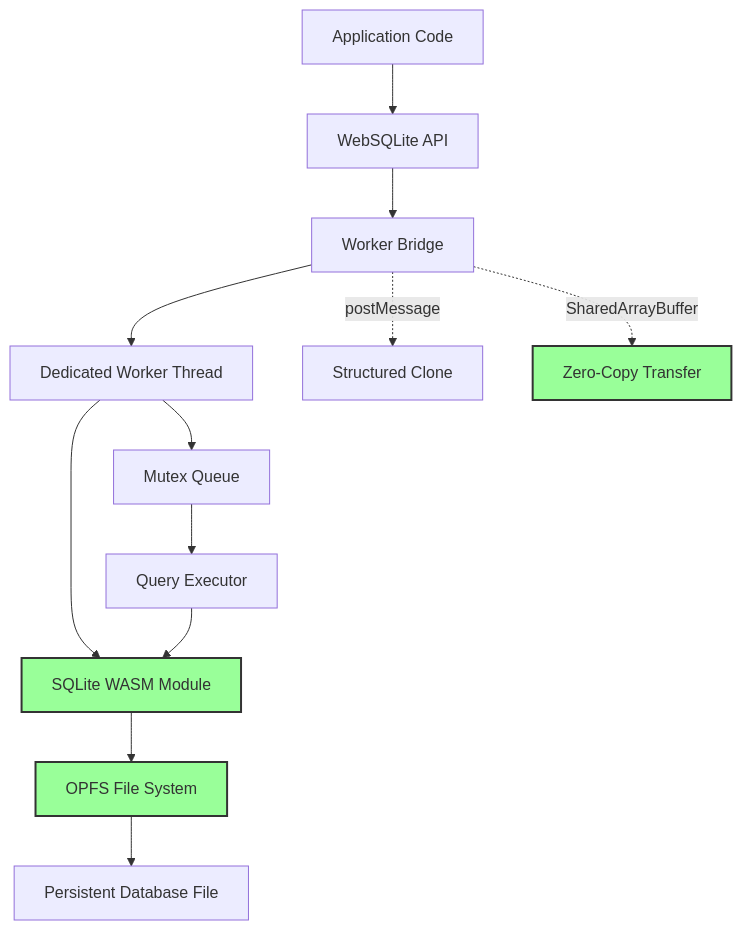
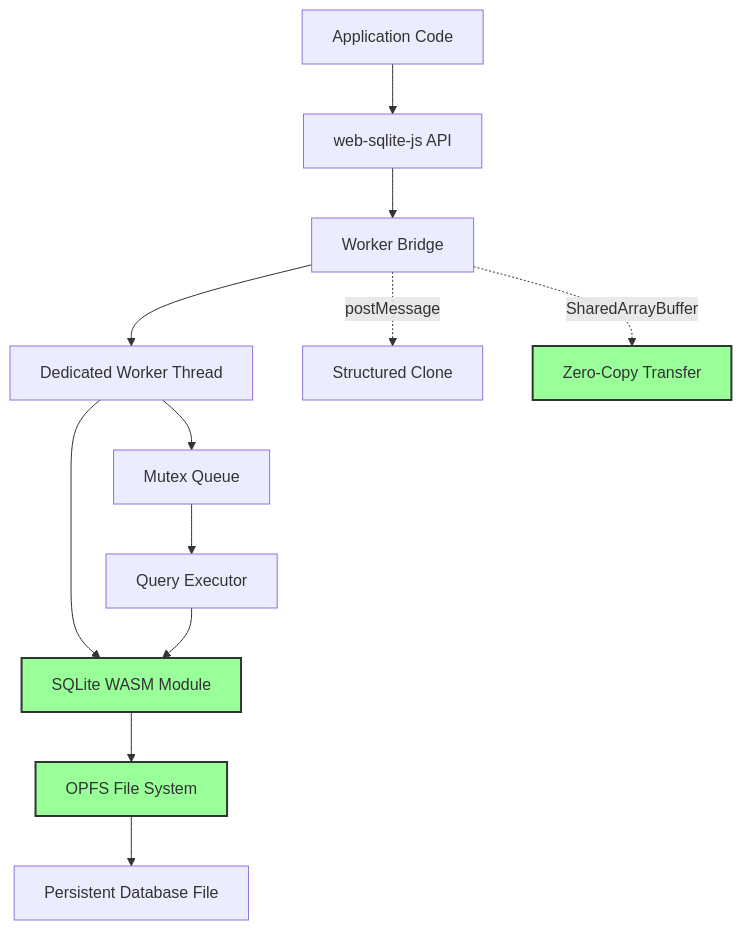
Before and after one commit to wuchuheng/web-sqlite-v2: the first of 2 diagrams in docs/02-feasibility/01-options.md, drawn with Mermaid. The commit also changed other lines of this file and 21 other files, not shown here.

````diff
--- a/docs/02-feasibility/01-options.md
+++ b/docs/02-feasibility/01-options.md
@@ -26,20 +26,20 @@
 ```mermaid
 graph TB
-    A[Application Code] --> B[WebSQLite API]
+    A[Application Code] --> B[web-sqlite-js API]
     B --> C[Worker Bridge]
     C --> D[Dedicated Worker Thread]
     D --> E[SQLite WASM Module]
     E --> F[OPFS File System]
     F --> G[Persistent Database File]
 
     D --> H[Mutex Queue]
     H --> I[Query Executor]
     I --> E
 
     C -.->|postMessage| J[Structured Clone]
     C -.->|SharedArrayBuffer| K[Zero-Copy Transfer]
 
     style E fill:#9f9,stroke:#333,stroke-width:2px
     style F fill:#9f9,stroke:#333,stroke-width:2px
     style K fill:#9f9,stroke:#333,stroke-width:2px
 ```
````
